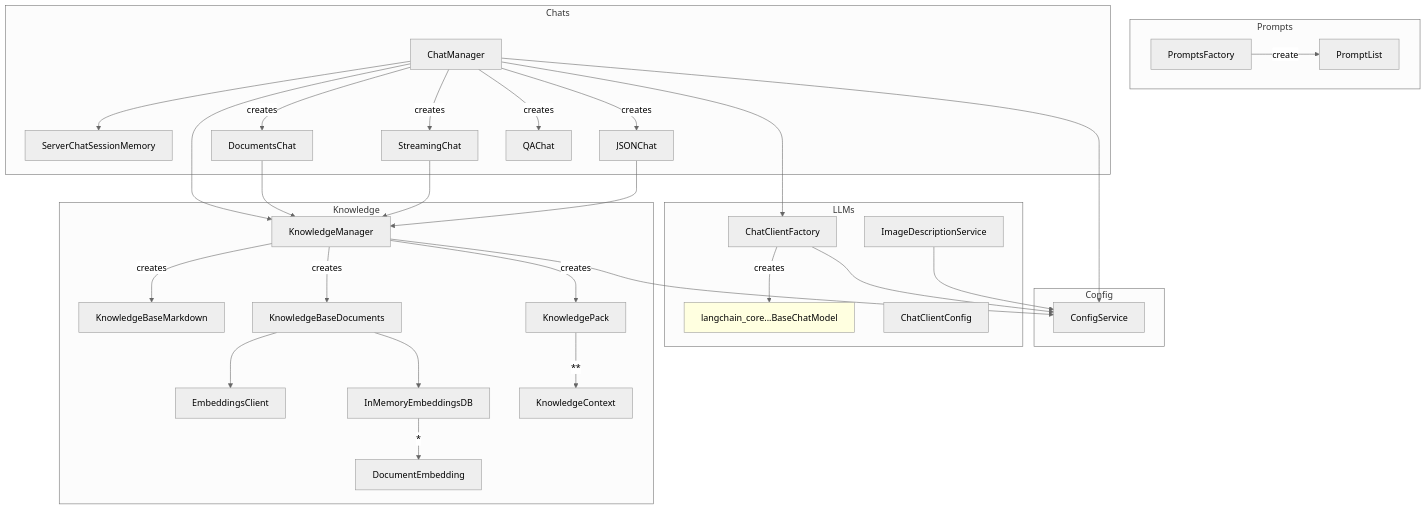
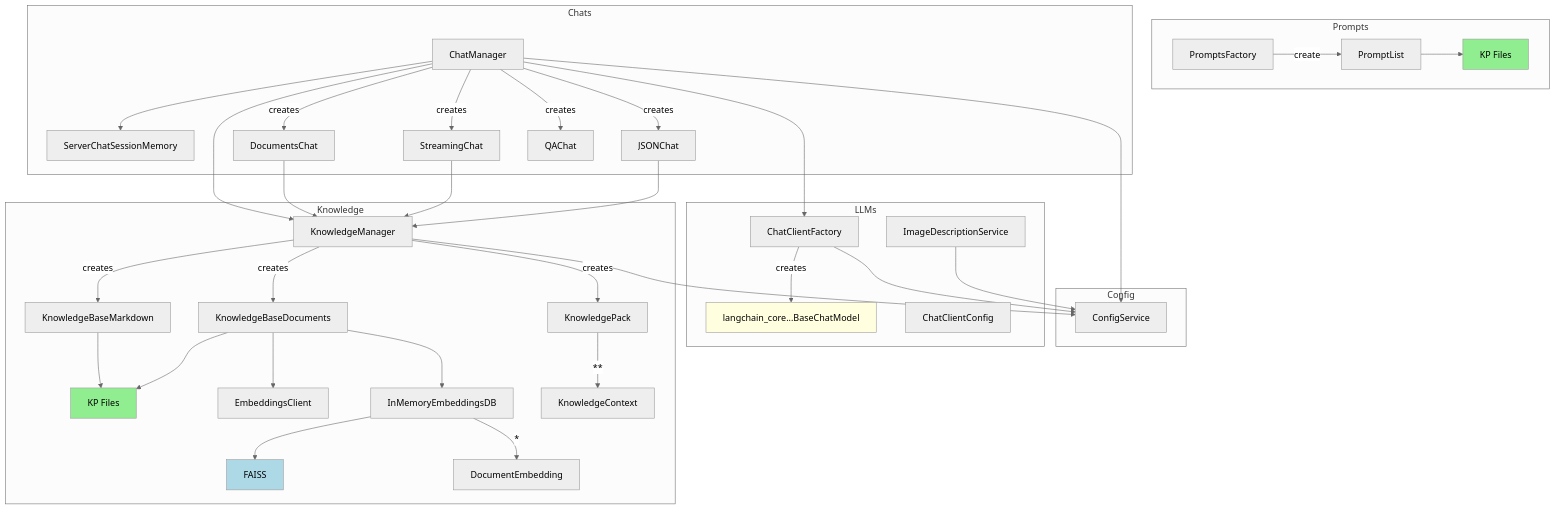
The first of 2 diagrams in docs/design.md (tw-haiven/haiven), drawn with Mermaid before and after one commit. The commit also changed other lines of this file, not shown here.

Commit message:
docs: Update overview, add sources
Knowledge pack files, FAISS

````diff
--- a/docs/design.md
+++ b/docs/design.md
@@ -8,57 +8,67 @@
 ```mermaid
 %%{init: {'theme': 'neutral' } }%%
 
 graph TD;
 
     subgraph Config
         ConfigService
     end
 
     subgraph LLMs
         ChatClientFactory --> |creates| BaseChatModel[langchain_core...BaseChatModel]
-        style BaseChatModel fill:lightyellow
         ChatClientConfig
         ImageDescriptionService
     end
 
     ChatClientFactory --> ConfigService
 
     
     subgraph Knowledge
         KnowledgeManager
         KnowledgeManager --> |creates| KnowledgeBaseMarkdown
+        
+        KnowledgeBaseMarkdown --> FilesystemKnowledge[KP Files]
         KnowledgeManager --> |creates| KnowledgeBaseDocuments
         KnowledgeManager --> |creates| KnowledgePack
+        KnowledgeBaseDocuments --> FilesystemKnowledge
         KnowledgeBaseDocuments --> EmbeddingsClient
         KnowledgeBaseDocuments --> InMemoryEmbeddingsDB
+        InMemoryEmbeddingsDB --> FAISS
+        
         InMemoryEmbeddingsDB --> |*| DocumentEmbedding
         KnowledgePack -->|**| KnowledgeContext
     end
 
     KnowledgeManager --> ConfigService
 
     subgraph Prompts
         PromptsFactory --> |create| PromptList
+        PromptList --> FilesystemPrompts[KP Files]
     end
 
     subgraph Chats
         ChatManager
         ChatManager --> ServerChatSessionMemory
         
         ChatManager --> |creates| DocumentsChat
         ChatManager --> |creates| JSONChat
         ChatManager --> |creates| StreamingChat
         ChatManager --> |creates| QAChat
     end
 
     ChatManager --> ConfigService
     ChatManager --> ChatClientFactory
     ChatManager --> KnowledgeManager
 
     DocumentsChat --> KnowledgeManager
     StreamingChat --> KnowledgeManager
     JSONChat --> KnowledgeManager
 
     ImageDescriptionService --> ConfigService
+
+    style BaseChatModel fill:lightyellow
+    style FilesystemPrompts fill:lightgreen
+    style FilesystemKnowledge fill:lightgreen
+    style FAISS fill:lightblue
     
 ```
````
